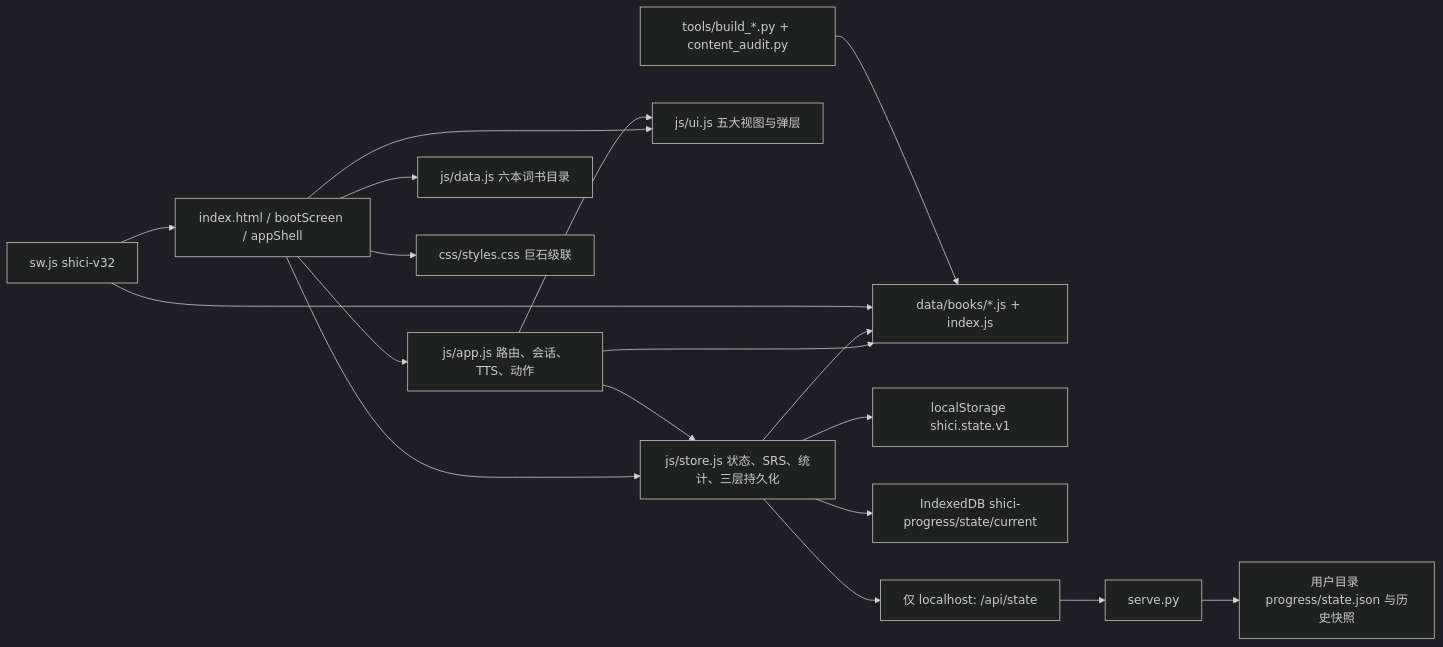
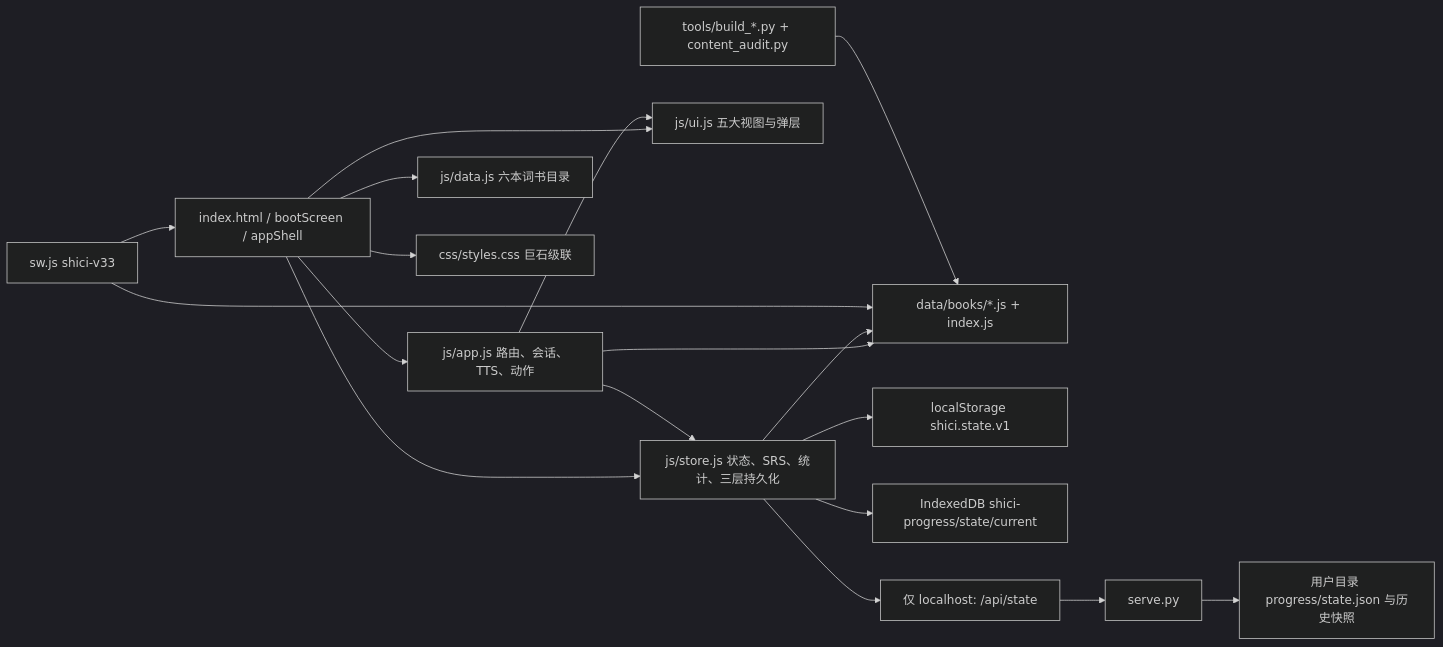
The first of 7 diagrams in docs/system_design.md (weijialiang2023/shici), drawn with Mermaid (dark theme) before and after one commit. The commit also changed other lines of this file and 50 other files, not shown here.

````diff
--- a/docs/system_design.md
+++ b/docs/system_design.md
@@ -11,20 +11,20 @@
 ```mermaid
 flowchart LR
     H[index.html / bootScreen / appShell] --> A[js/app.js 路由、会话、TTS、动作]
     H --> S[js/store.js 状态、SRS、统计、三层持久化]
     H --> U[js/ui.js 五大视图与弹层]
     H --> D[js/data.js 六本词书目录]
     H --> CSS[css/styles.css 巨石级联]
     A --> S
     A --> U
     A --> B[data/books/*.js + index.js]
     S --> B
     S --> L[localStorage shici.state.v1]
     S --> I[IndexedDB shici-progress/state/current]
     S --> API[仅 localhost: /api/state]
     API --> PY[serve.py]
     PY --> P[用户目录 progress/state.json 与历史快照]
-    SW[sw.js shici-v32] --> H
+    SW[sw.js shici-v33] --> H
     SW --> B
     ETL[tools/build_*.py + content_audit.py] --> B
 ```
````
